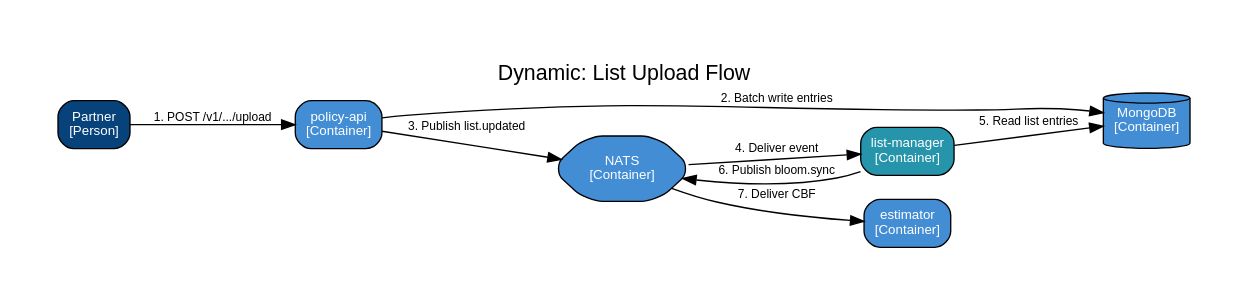
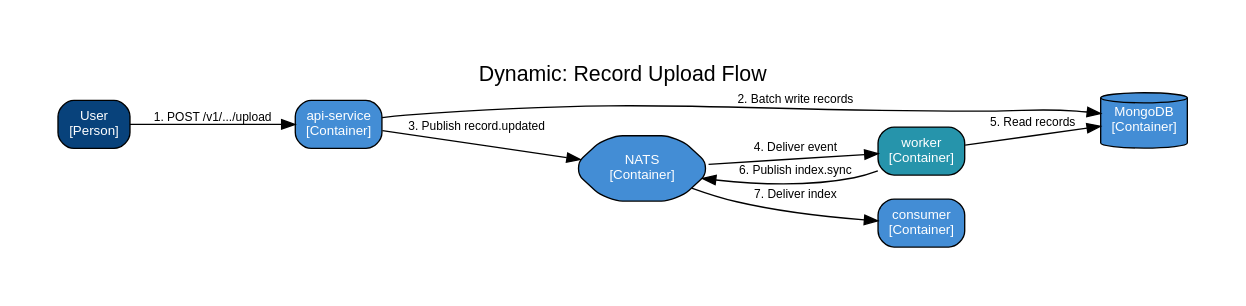
The fourth of 5 diagrams in skills/source-map/source/C4.md (FrogoAI/arcdlc), drawn with Graphviz before and after one commit. The commit also changed other lines of this file and 2 other files, not shown here.

````diff
--- a/skills/source-map/source/C4.md
+++ b/skills/source-map/source/C4.md
@@ -323,26 +294,26 @@
 ```dot
 digraph C4_Dynamic {
     graph [
-        label="Dynamic: List Upload Flow"
+        label="Dynamic: Record Upload Flow"
         labelloc=t fontsize=16 fontname="Arial"
         rankdir=LR pad=0.5
     ]
     node [shape=box style="filled,rounded" fontname="Arial" fontsize=10]
     edge [fontname="Arial" fontsize=9]
 
-    partner [label="Partner\n[Person]" fillcolor="#08427B" fontcolor=white]
-    api [label="policy-api\n[Container]" fillcolor="#438DD5" fontcolor=white]
+    user [label="User\n[Person]" fillcolor="#08427B" fontcolor=white]
+    api [label="api-service\n[Container]" fillcolor="#438DD5" fontcolor=white]
     mongo [label="MongoDB\n[Container]" fillcolor="#438DD5" fontcolor=white shape=cylinder]
     nats [label="NATS\n[Container]" fillcolor="#438DD5" fontcolor=white shape=hexagon]
-    mgr [label="list-manager\n[Container]" fillcolor="#2694AB" fontcolor=white]
-    est [label="estimator\n[Container]" fillcolor="#438DD5" fontcolor=white]
+    worker [label="worker\n[Container]" fillcolor="#2694AB" fontcolor=white]
+    consumer [label="consumer\n[Container]" fillcolor="#438DD5" fontcolor=white]
 
-    partner -> api [label="1. POST /v1/.../upload"]
-    api -> mongo [label="2. Batch write entries"]
-    api -> nats [label="3. Publish list.updated"]
-    nats -> mgr [label="4. Deliver event"]
-    mgr -> mongo [label="5. Read list entries"]
-    mgr -> nats [label="6. Publish bloom.sync"]
-    nats -> est [label="7. Deliver CBF"]
+    user -> api [label="1. POST /v1/.../upload"]
+    api -> mongo [label="2. Batch write records"]
+    api -> nats [label="3. Publish record.updated"]
+    nats -> worker [label="4. Deliver event"]
+    worker -> mongo [label="5. Read records"]
+    worker -> nats [label="6. Publish index.sync"]
+    nats -> consumer [label="7. Deliver index"]
 }
 ```
````
